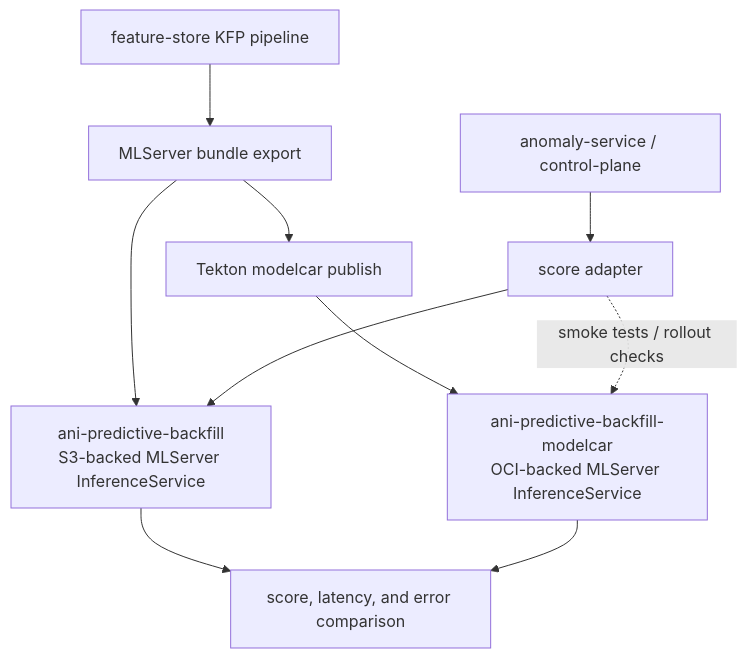
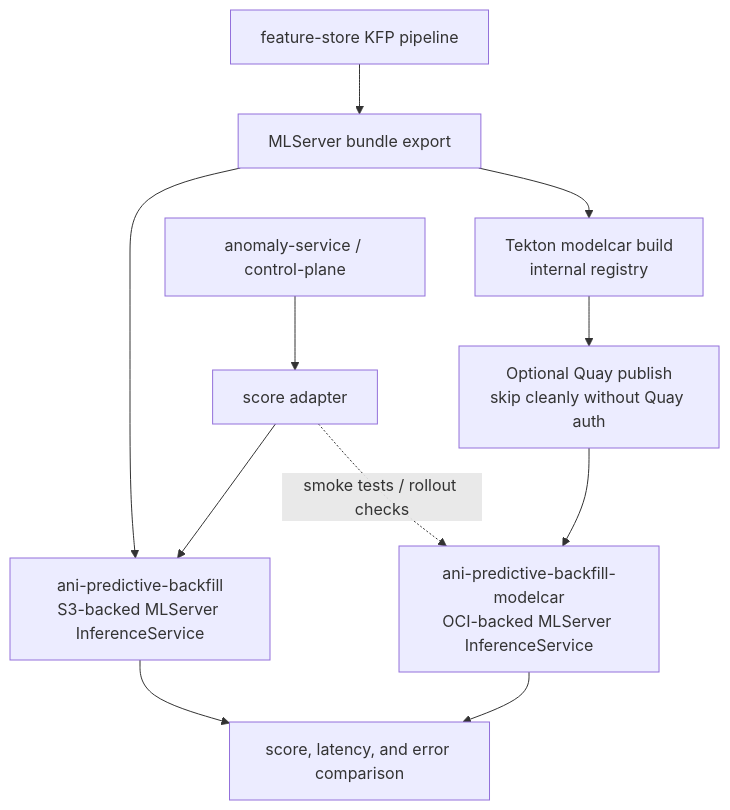
Before and after one commit to rh-telco-tigers/Autonomous-Network-Intelligence-Anomaly-Detection-with-Red-Hat-OpenShift-AI: the sixth of 6 diagrams in docs/architecture/engineering-spec.md, drawn with Mermaid. The commit also changed other lines of this file and 5 other files, not shown here.

Commit message:
Publish backfill modelcar to Quay via Tekton

````diff
--- a/docs/architecture/engineering-spec.md
+++ b/docs/architecture/engineering-spec.md
@@ -713,12 +713,13 @@
 ```mermaid
 flowchart TD
   KFP["feature-store KFP pipeline"] --> ExportS3["MLServer bundle export"]
   ExportS3 --> BackfillS3["ani-predictive-backfill<br/>S3-backed MLServer InferenceService"]
-  ExportS3 --> ModelcarPublish["Tekton modelcar publish"]
+  ExportS3 --> ModelcarBuild["Tekton modelcar build<br/>internal registry"]
+  ModelcarBuild --> ModelcarPublish["Optional Quay publish<br/>skip cleanly without Quay auth"]
   ModelcarPublish --> ModelcarISVC["ani-predictive-backfill-modelcar<br/>OCI-backed MLServer InferenceService"]
   Client["anomaly-service / control-plane"] --> Adapter["score adapter"]
   Adapter --> BackfillS3
   Adapter -. smoke tests / rollout checks .-> ModelcarISVC
   BackfillS3 --> Compare["score, latency, and error comparison"]
   ModelcarISVC --> Compare
 ```
````
